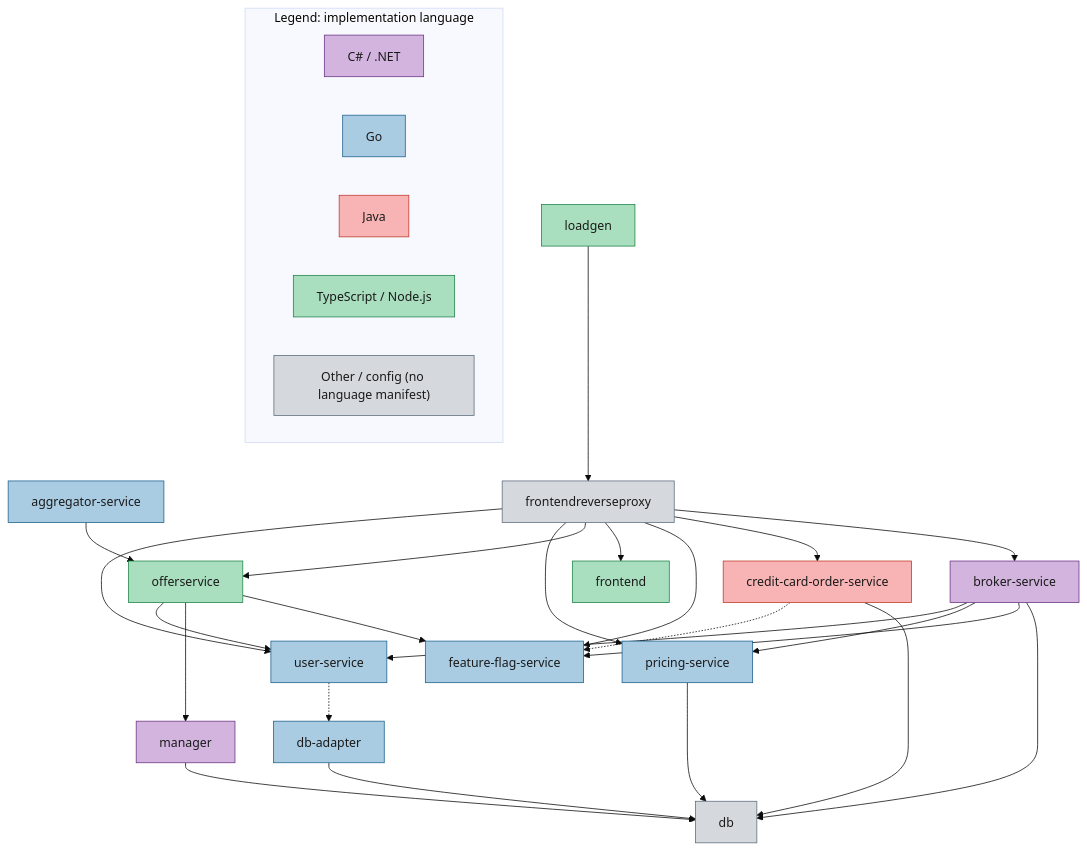
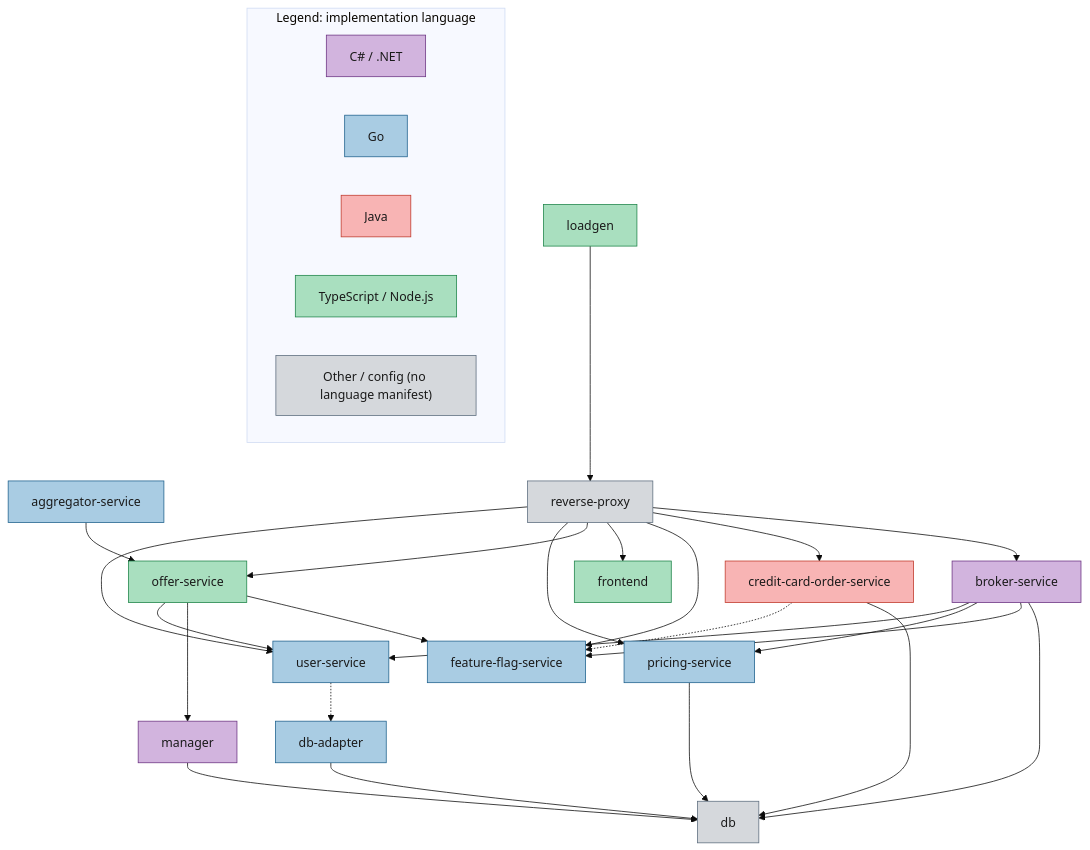
The diagram in README.md (Dynatrace/easytrade), drawn with Mermaid (base theme) before and after one commit. The commit also changed other lines of this file and 44 other files, not shown here.

````diff
--- a/README.md
+++ b/README.md
@@ -14,48 +14,48 @@
 ```mermaid
 flowchart TD
-    aggregator-service --> offerservice
+    aggregator-service --> offer-service
     broker-service --> db
     broker-service --> feature-flag-service
     broker-service --> pricing-service
     broker-service --> user-service
     credit-card-order-service --> db
     db-adapter --> db
-    frontendreverseproxy --> broker-service
-    frontendreverseproxy --> credit-card-order-service
-    frontendreverseproxy --> feature-flag-service
-    frontendreverseproxy --> frontend
-    frontendreverseproxy --> offerservice
-    frontendreverseproxy --> pricing-service
-    frontendreverseproxy --> user-service
-    loadgen --> frontendreverseproxy
+    reverse-proxy --> broker-service
+    reverse-proxy --> credit-card-order-service
+    reverse-proxy --> feature-flag-service
+    reverse-proxy --> frontend
+    reverse-proxy --> offer-service
+    reverse-proxy --> pricing-service
+    reverse-proxy --> user-service
+    loadgen --> reverse-proxy
     manager --> db
-    offerservice --> feature-flag-service
-    offerservice --> manager
-    offerservice --> user-service
+    offer-service --> feature-flag-service
+    offer-service --> manager
+    offer-service --> user-service
     pricing-service --> db
     credit-card-order-service -.-> feature-flag-service
     user-service -.-> db-adapter
 
     class broker-service,manager dotnet
     class aggregator-service,db-adapter,feature-flag-service,pricing-service,user-service go
     class problem-operator goOffCompose
     class credit-card-order-service java
-    class frontend,loadgen,offerservice node
-    class db,frontendreverseproxy other
+    class frontend,loadgen,offer-service node
+    class db,reverse-proxy other
 
     classDef dotnet fill:#d2b4de,stroke:#6c3483,color:#1a1a1a,stroke-width:1px
     classDef go fill:#a9cce3,stroke:#1f618d,color:#1a1a1a,stroke-width:1px
     classDef java fill:#f8b4b4,stroke:#c0392b,color:#1a1a1a,stroke-width:1px
     classDef node fill:#a9dfbf,stroke:#1e8449,color:#1a1a1a,stroke-width:1px
     classDef other fill:#d5d8dc,stroke:#5d6d7e,color:#1a1a1a,stroke-width:1px
     classDef goOffCompose fill:#a9cce3,stroke:#1f618d,color:#1a1a1a,stroke-width:1px,stroke-dasharray:5 5
 
     subgraph Legend[Legend: implementation language]
         direction LR
         legend_dotnet["C# / .NET"]:::dotnet
         legend_go["Go"]:::go
         legend_java["Java"]:::java
         legend_node["TypeScript / Node.js"]:::node
         legend_other["Other / config (no language manifest)"]:::other
     end
 ```
````
